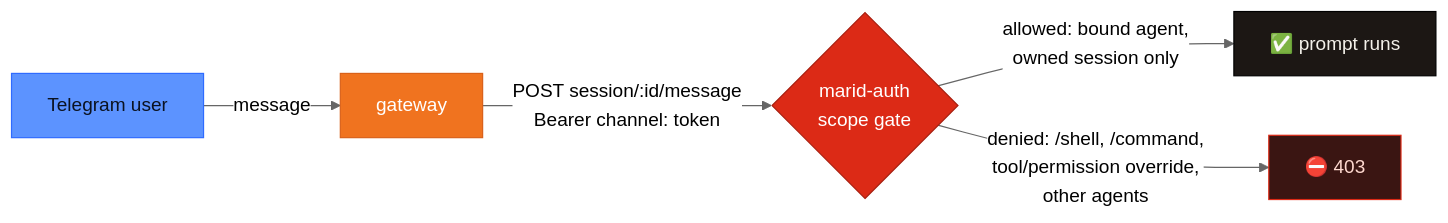
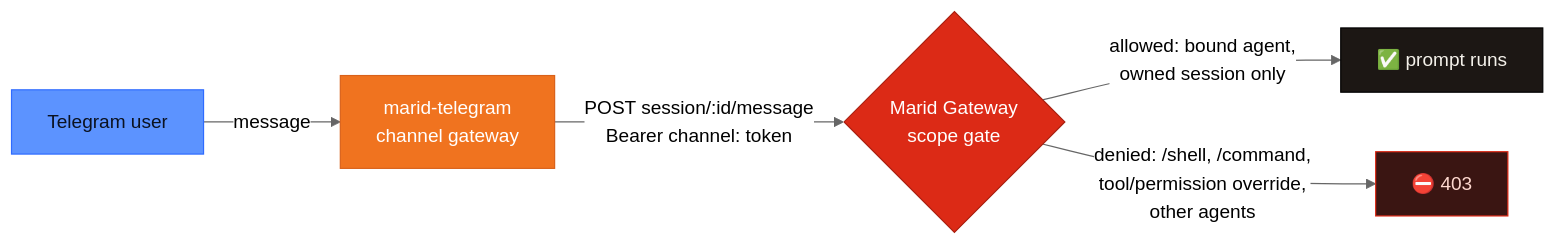
The second of 3 diagrams in README.md (A-H-911/marid), drawn with Mermaid (neutral theme) before and after one commit. The commit also changed other lines of this file and 18 other files, not shown here.

First line of the commit message:
docs(ph6): gateway/channel-gateway diagram disambiguation (#51)

````diff
--- a/README.md
+++ b/README.md
@@ -100,13 +113,13 @@
 ```mermaid
 graph LR
-    U["Telegram user"]:::ext -->|message| GW["gateway"]:::channel
-    GW -->|"POST session/:id/message<br/>Bearer channel: token"| G{"marid-auth<br/>scope gate"}:::auth
+    U["Telegram user"]:::ext -->|message| GW["marid-telegram<br/>channel gateway"]:::channel
+    GW -->|"POST session/:id/message<br/>Bearer channel: token"| G{"Marid Gateway<br/>scope gate"}:::auth
     G -->|"allowed: bound agent,<br/>owned session only"| OK["✅ prompt runs"]:::core
     G -->|"denied: /shell, /command,<br/>tool/permission override,<br/>other agents"| NO["⛔ 403"]:::deny
 
     classDef ext fill:#5C93FF,stroke:#2F6BFF,color:#0b1220;
     classDef channel fill:#F0731F,stroke:#D9611A,color:#ffffff;
     classDef auth fill:#DC2A16,stroke:#A81f10,color:#ffffff;
     classDef core fill:#1C1714,stroke:#000,color:#F4F1EA;
     classDef deny fill:#3a1512,stroke:#DC2A16,color:#ffd9d0;
 ```
````
